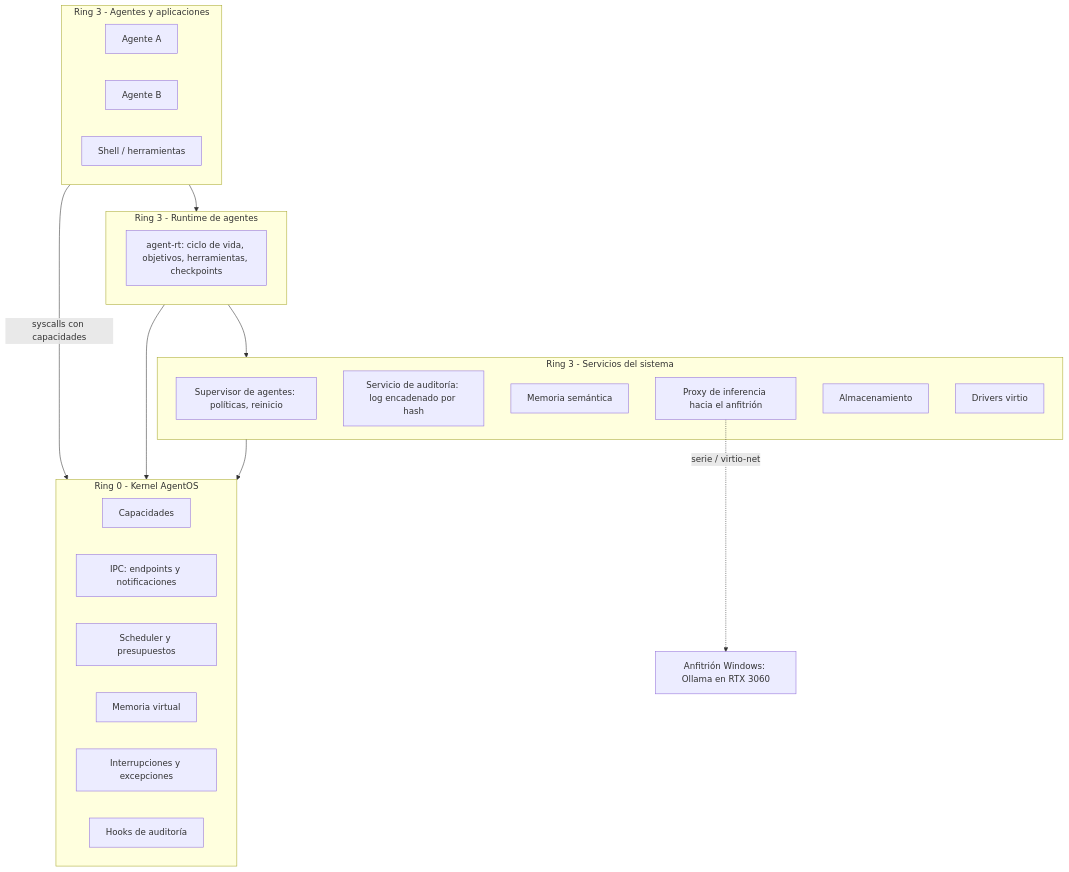
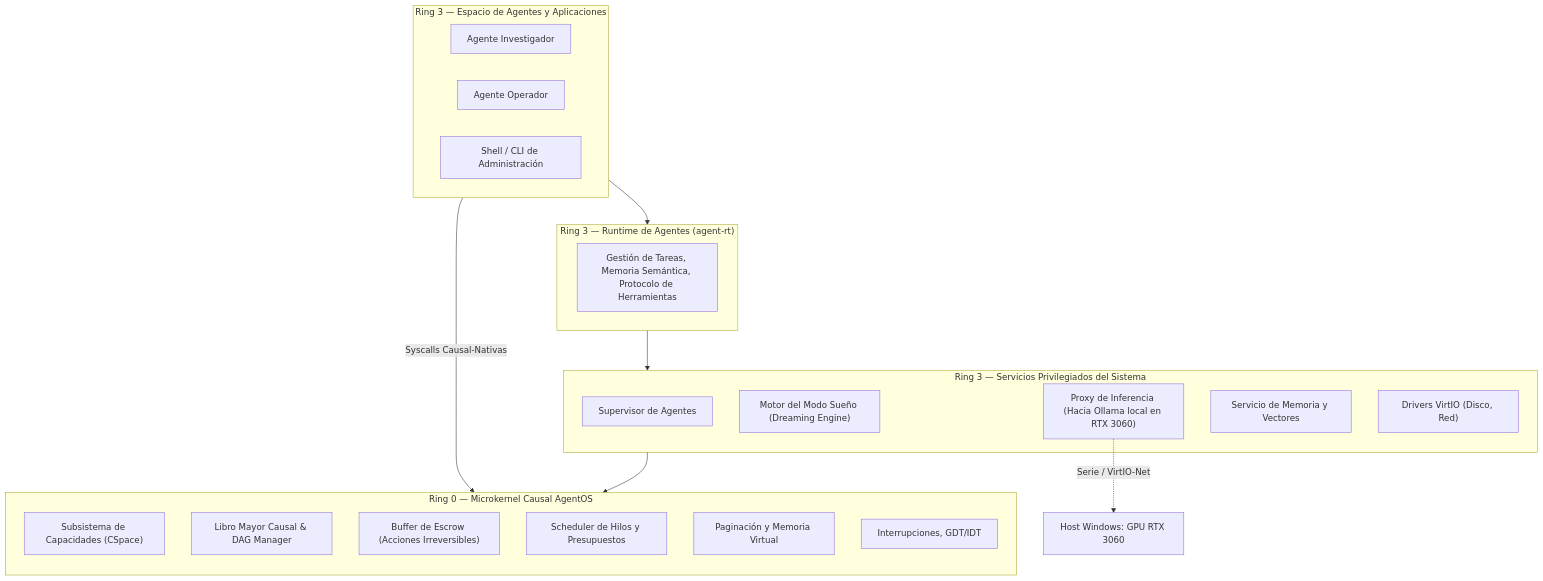
One commit to genaropass/Gen-OS changed the first of 2 diagrams in docs/MASTER_PLAN.md. Above: the diagram before and after it, drawn with Mermaid. The commit also changed other lines of this file and 4 other files, not shown here.

Commit message:
Fase 0: v0.2 del Plan Maestro, ADR-0005, SPEC_CAUSAL_KERNEL y BRAINSTORM

````diff
--- a/docs/MASTER_PLAN.md
+++ b/docs/MASTER_PLAN.md
@@ -228,33 +54,36 @@
 ```mermaid
 flowchart TD
-    subgraph U["Ring 3 - Agentes y aplicaciones"]
-        AG1["Agente A"]
-        AG2["Agente B"]
-        SH["Shell / herramientas"]
+    subgraph U ["Ring 3 — Espacio de Agentes y Aplicaciones"]
+        AG1["Agente Investigador"]
+        AG2["Agente Operador"]
+        SH["Shell / CLI de Administración"]
     end
-    subgraph RT["Ring 3 - Runtime de agentes"]
-        ART["agent-rt: ciclo de vida, objetivos, herramientas, checkpoints"]
+
+    subgraph RT ["Ring 3 — Runtime de Agentes (agent-rt)"]
+        RT_CORE["Gestión de Tareas, Memoria Semántica, Protocolo de Herramientas"]
     end
-    subgraph S["Ring 3 - Servicios del sistema"]
-        SUP["Supervisor de agentes: políticas, reinicio"]
-        AUD["Servicio de auditoría: log encadenado por hash"]
-        MEM["Memoria semántica"]
-        INF["Proxy de inferencia hacia el anfitrión"]
-        STO["Almacenamiento"]
-        DRV["Drivers virtio"]
+
+    subgraph S ["Ring 3 — Servicios Privilegiados del Sistema"]
+        SUP["Supervisor de Agentes"]
+        DREAM["Motor del Modo Sueño (Dreaming Engine)"]
+        INF_PROXY["Proxy de Inferencia (Hacia Ollama local en RTX 3060)"]
+        MEM_SERV["Servicio de Memoria y Vectores"]
+        DRV["Drivers VirtIO (Disco, Red)"]
     end
-    subgraph K["Ring 0 - Kernel AgentOS"]
-        CAP["Capacidades"]
-        IPC["IPC: endpoints y notificaciones"]
-        SCH["Scheduler y presupuestos"]
-        VM["Memoria virtual"]
-        IRQ["Interrupciones y excepciones"]
-        AH["Hooks de auditoría"]
+
+    subgraph K ["Ring 0 — Microkernel Causal AgentOS"]
+        direction TB
+        CAP["Subsistema de Capacidades (CSpace)"]
+        LEDGER["Libro Mayor Causal & DAG Manager"]
+        ESCROW["Buffer de Escrow (Acciones Irreversibles)"]
+        SCHED["Scheduler de Hilos y Presupuestos"]
+        VM["Paginación y Memoria Virtual"]
+        IRQ["Interrupciones, GDT/IDT"]
     end
+
     U --> RT
     RT --> S
-    U -->|"syscalls con capacidades"| K
-    RT --> K
+    U -->|"Syscalls Causal-Nativas"| K
     S --> K
-    INF -.->|"serie / virtio-net"| HOST["Anfitrión Windows: Ollama en RTX 3060"]
+    INF_PROXY -.->|"Serie / VirtIO-Net"| HOST["Host Windows: GPU RTX 3060"]
 ```
````
